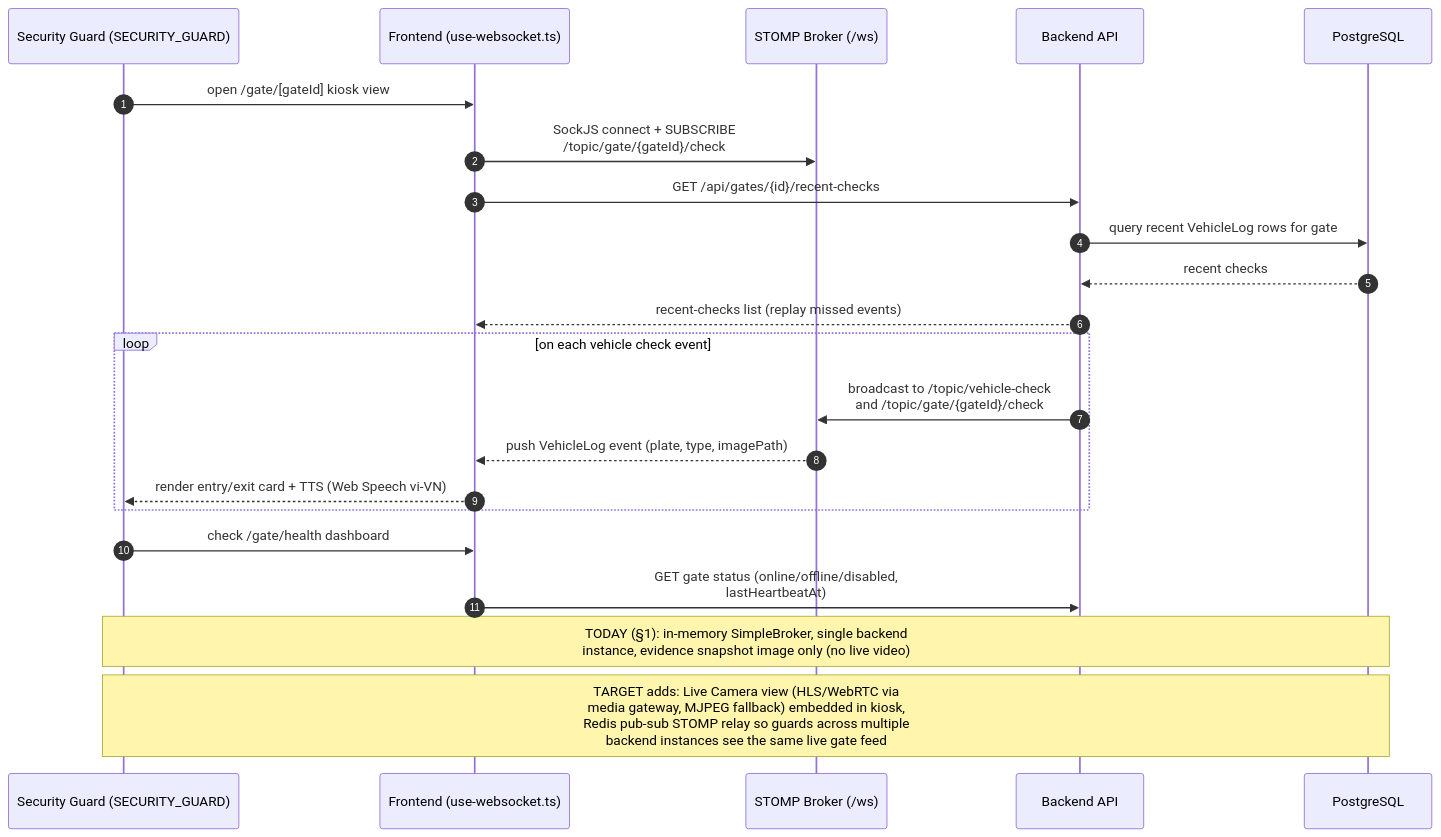
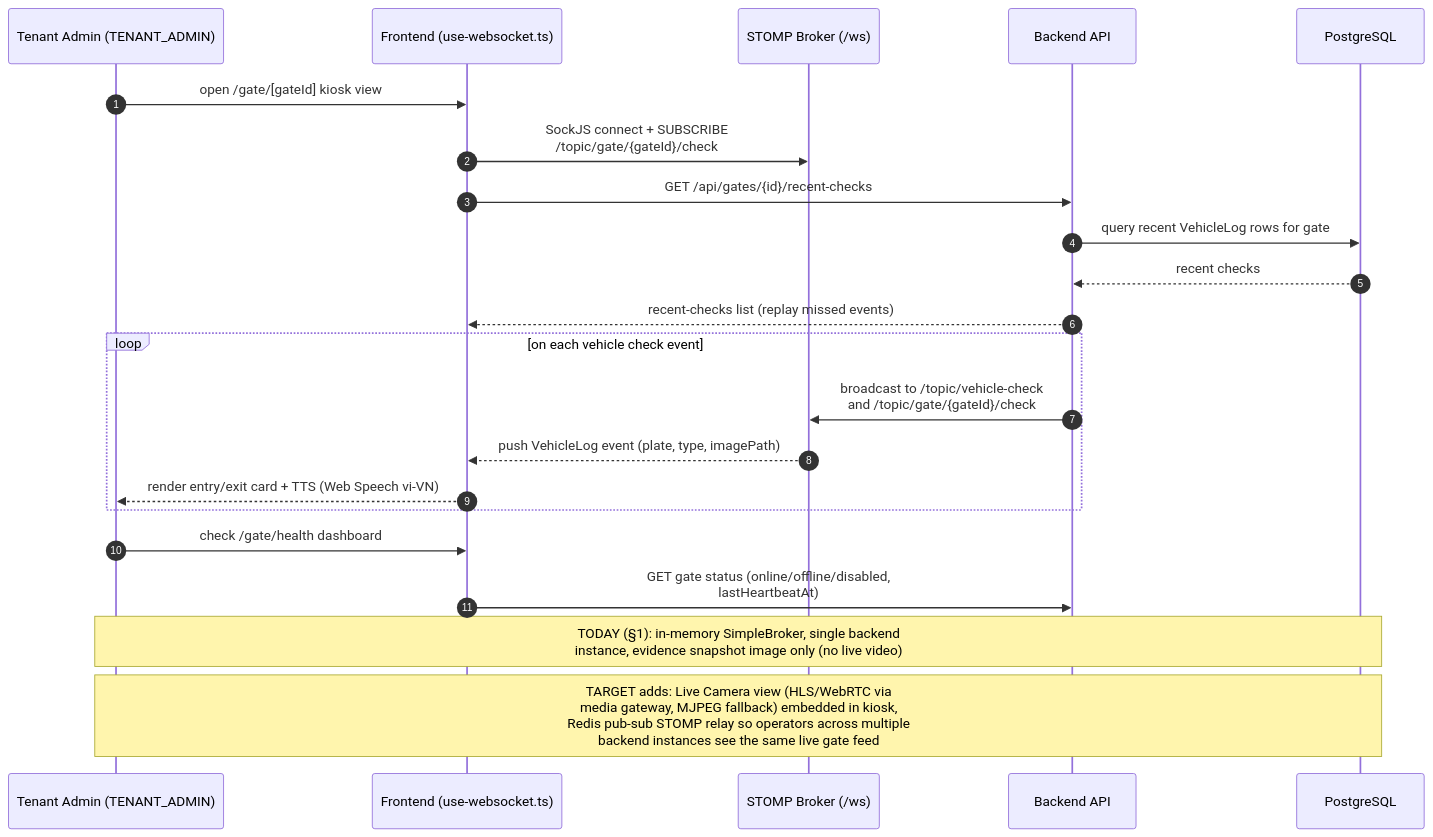
Before and after one commit to dainn-dev/next-manage-user: the diagram in docs/02_Business_Flow/diagrams/guard-live-gate-review-sequence.mmd, drawn with Mermaid. The commit also changed 151 other files, not shown here.

```diff
--- a/docs/02_Business_Flow/diagrams/guard-live-gate-review-sequence.mmd
+++ b/docs/02_Business_Flow/diagrams/guard-live-gate-review-sequence.mmd
@@ -1,24 +1,24 @@
 sequenceDiagram
     autonumber
-    participant Guard as Security Guard (SECURITY_GUARD)
+    participant Guard as Tenant Admin (TENANT_ADMIN)
     participant FE as Frontend (use-websocket.ts)
     participant WS as STOMP Broker (/ws)
     participant API as Backend API
     participant DB as PostgreSQL
 
     Guard->>FE: open /gate/[gateId] kiosk view
     FE->>WS: SockJS connect + SUBSCRIBE<br/>/topic/gate/{gateId}/check
     FE->>API: GET /api/gates/{id}/recent-checks
     API->>DB: query recent VehicleLog rows for gate
     DB-->>API: recent checks
     API-->>FE: recent-checks list (replay missed events)
     loop on each vehicle check event
         API->>WS: broadcast to /topic/vehicle-check<br/>and /topic/gate/{gateId}/check
         WS-->>FE: push VehicleLog event (plate, type, imagePath)
         FE-->>Guard: render entry/exit card + TTS (Web Speech vi-VN)
     end
     Guard->>FE: check /gate/health dashboard
     FE->>API: GET gate status (online/offline/disabled,<br/>lastHeartbeatAt)
 
     Note over Guard,DB: TODAY (§1): in-memory SimpleBroker, single backend<br/>instance, evidence snapshot image only (no live video)
-    Note over Guard,DB: TARGET adds: Live Camera view (HLS/WebRTC via<br/>media gateway, MJPEG fallback) embedded in kiosk,<br/>Redis pub-sub STOMP relay so guards across multiple<br/>backend instances see the same live gate feed
+    Note over Guard,DB: TARGET adds: Live Camera view (HLS/WebRTC via<br/>media gateway, MJPEG fallback) embedded in kiosk,<br/>Redis pub-sub STOMP relay so operators across multiple<br/>backend instances see the same live gate feed
```
